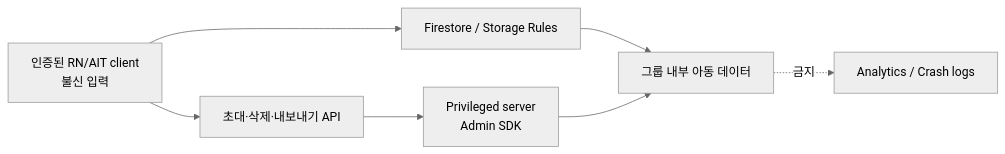
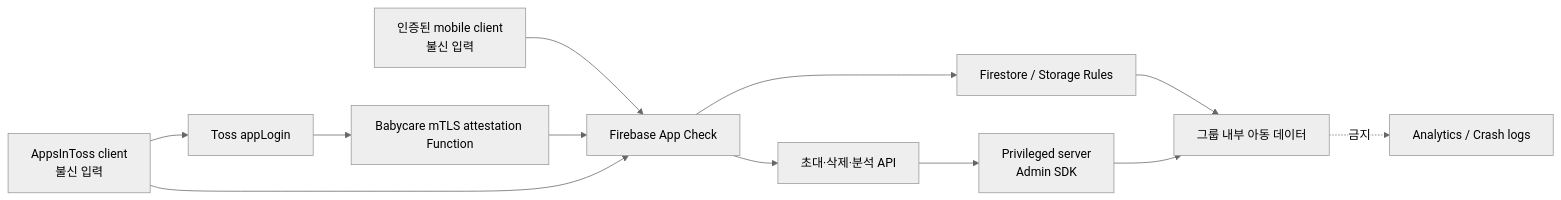
One commit to seorilabs/babycare changed the diagram in docs/03-architecture/security-threat-model.md. Above: the diagram before and after it, drawn with Mermaid (neutral theme). The commit also changed other lines of this file and 23 other files, not shown here.

First line of the commit message:
AIT App Check 검증 경계 구현 (#52)

````diff
--- a/docs/03-architecture/security-threat-model.md
+++ b/docs/03-architecture/security-threat-model.md
@@ -20,9 +20,14 @@
 ```mermaid
 flowchart LR
-  Client["인증된 RN/AIT client<br/>불신 입력"] --> Rules["Firestore / Storage Rules"]
+  Native["인증된 mobile client<br/>불신 입력"] --> AppCheck["Firebase App Check"]
+  AIT["AppsInToss client<br/>불신 입력"] --> Toss["Toss appLogin"]
+  Toss --> Mint["Babycare mTLS attestation Function"]
+  Mint --> AppCheck
+  AIT --> AppCheck
+  AppCheck --> Rules["Firestore / Storage Rules"]
   Rules --> GroupData["그룹 내부 아동 데이터"]
-  Client --> Callable["초대·삭제·내보내기 API"]
+  AppCheck --> Callable["초대·삭제·분석 API"]
   Callable --> Admin["Privileged server<br/>Admin SDK"]
   Admin --> GroupData
   GroupData -.금지.-> Analytics["Analytics / Crash logs"]
 ```
````
